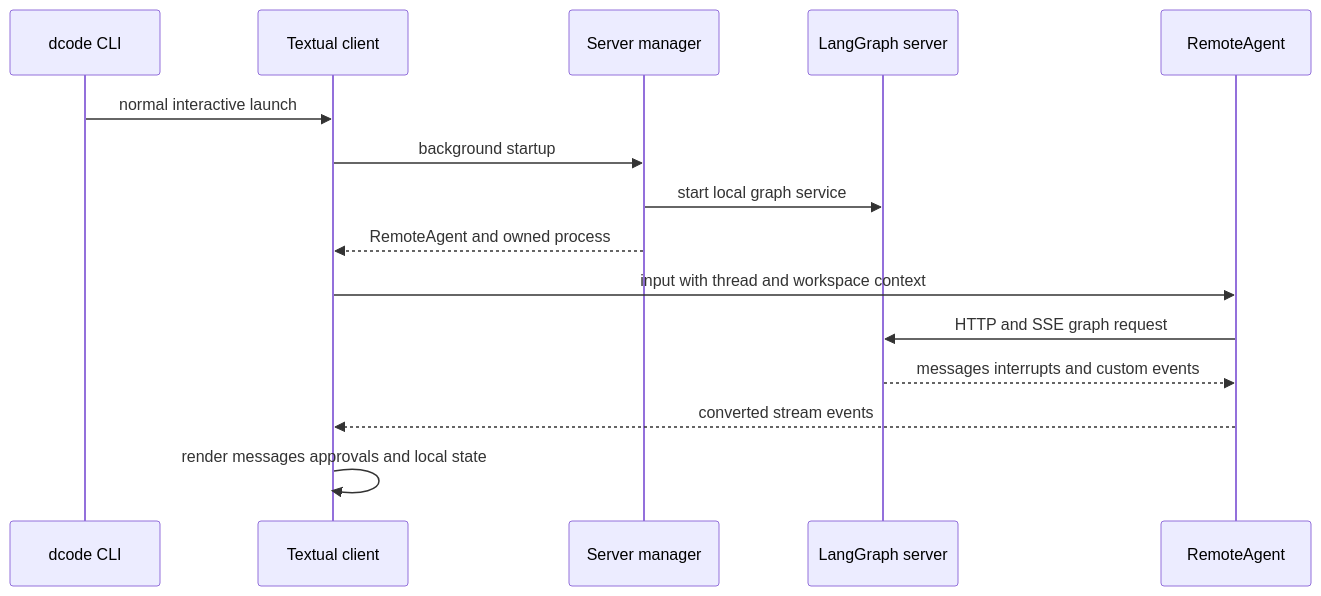
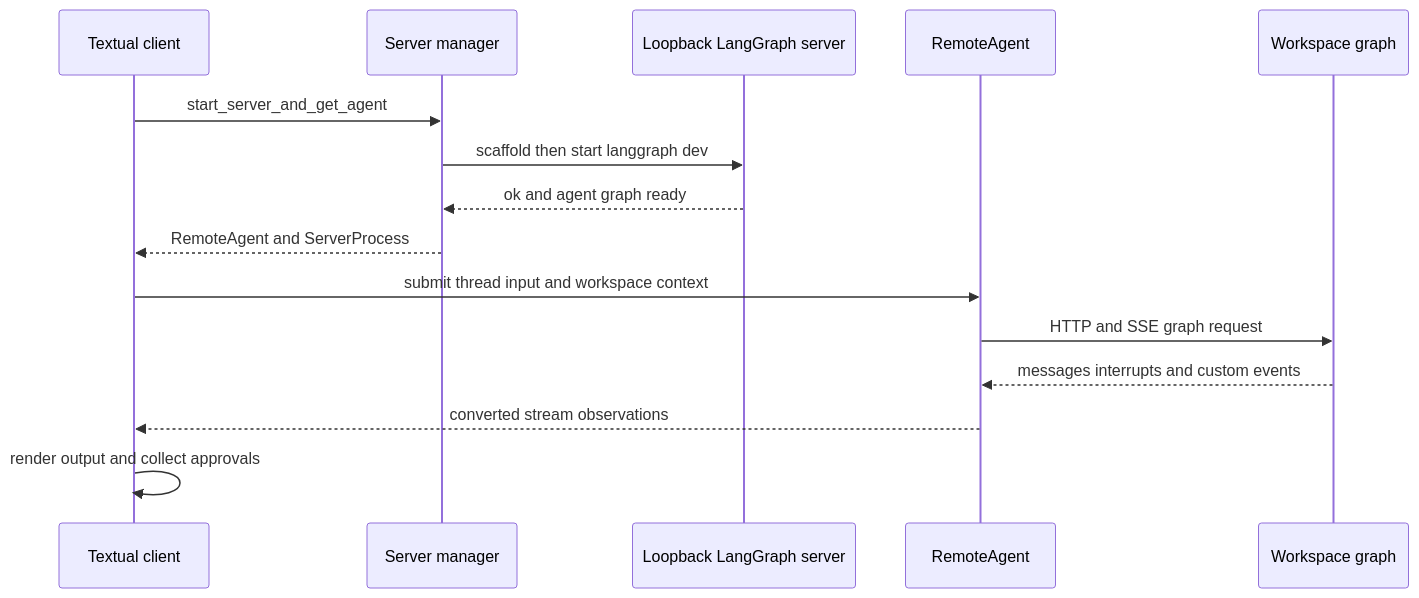
One commit to langchain-ai/deepagents changed the first of 2 diagrams in openwiki/architecture/code-agent.md. Above: the diagram before and after it, drawn with Mermaid. The commit also changed other lines of this file and 35 other files, not shown here.

````diff
--- a/openwiki/architecture/code-agent.md
+++ b/openwiki/architecture/code-agent.md
@@ -37,17 +45,17 @@
 ```mermaid
 sequenceDiagram
-    participant CLI as dcode CLI
-    participant TUI as Textual client
-    participant Launch as Server manager
-    participant Server as LangGraph server
+    participant Client as Textual client
+    participant Manager as Server manager
+    participant Process as Loopback LangGraph server
     participant Remote as RemoteAgent
-    CLI->>TUI: normal interactive launch
-    TUI->>Launch: background startup
-    Launch->>Server: start local graph service
-    Launch-->>TUI: RemoteAgent and owned process
-    TUI->>Remote: input with thread and workspace context
-    Remote->>Server: HTTP and SSE graph request
-    Server-->>Remote: messages interrupts and custom events
-    Remote-->>TUI: converted stream events
-    TUI->>TUI: render messages approvals and local state
+    participant Graph as Workspace graph
+    Client->>Manager: start_server_and_get_agent
+    Manager->>Process: scaffold then start langgraph dev
+    Process-->>Manager: ok and agent graph ready
+    Manager-->>Client: RemoteAgent and ServerProcess
+    Client->>Remote: submit thread input and workspace context
+    Remote->>Graph: HTTP and SSE graph request
+    Graph-->>Remote: messages interrupts and custom events
+    Remote-->>Client: converted stream observations
+    Client->>Client: render output and collect approvals
 ```
````
